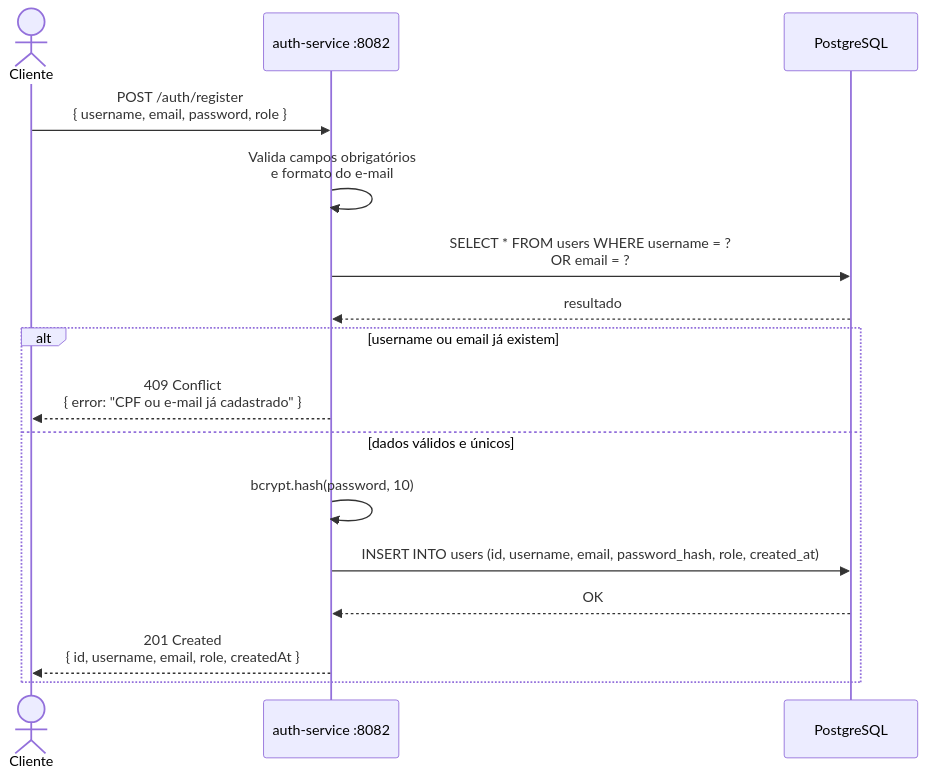
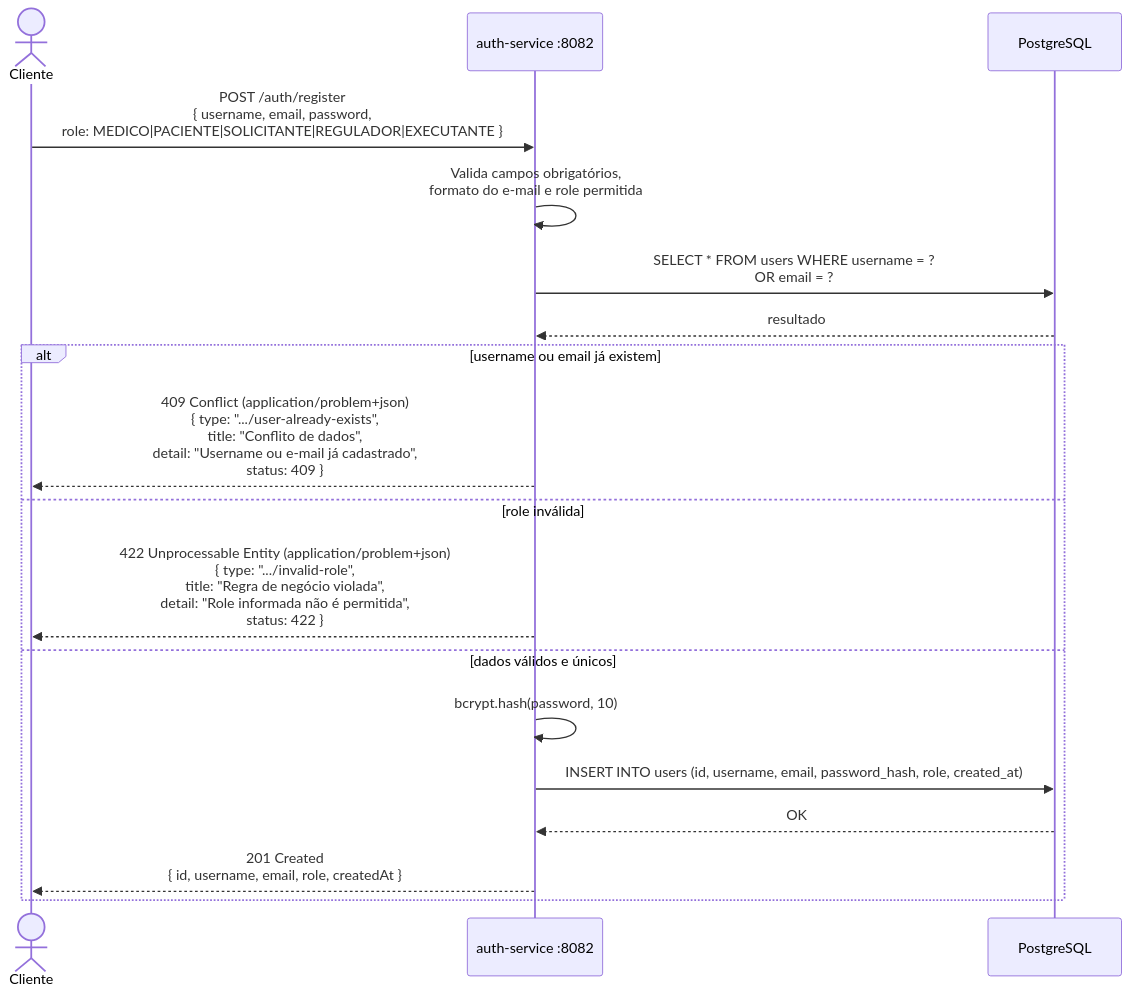
One commit to LucasBruner/Morbus changed the first of 13 diagrams in docs/sequencias-diagrama.md. Above: the diagram before and after it, drawn with Mermaid. The commit also changed other lines of this file and 4 other files, not shown here.

````diff
--- a/docs/sequencias-diagrama.md
+++ b/docs/sequencias-diagrama.md
@@ -24,22 +24,24 @@
 ```mermaid
 sequenceDiagram
     actor Cliente
     participant AuthService as auth-service :8082
     participant DB as PostgreSQL
 
-    Cliente->>AuthService: POST /auth/register<br/>{ username, email, password, role }
+    Cliente->>AuthService: POST /auth/register<br/>{ username, email, password,<br/>role: MEDICO|PACIENTE|SOLICITANTE|REGULADOR|EXECUTANTE }
 
-    AuthService->>AuthService: Valida campos obrigatórios<br/>e formato do e-mail
+    AuthService->>AuthService: Valida campos obrigatórios,<br/>formato do e-mail e role permitida
 
     AuthService->>DB: SELECT * FROM users WHERE username = ?<br/>OR email = ?
     DB-->>AuthService: resultado
 
     alt username ou email já existem
-        AuthService-->>Cliente: 409 Conflict<br/>{ error: "CPF ou e-mail já cadastrado" }
+        AuthService-->>Cliente: 409 Conflict (application/problem+json)<br/>{ type: ".../user-already-exists",<br/>title: "Conflito de dados",<br/>detail: "Username ou e-mail já cadastrado",<br/>status: 409 }
+    else role inválida
+        AuthService-->>Cliente: 422 Unprocessable Entity (application/problem+json)<br/>{ type: ".../invalid-role",<br/>title: "Regra de negócio violada",<br/>detail: "Role informada não é permitida",<br/>status: 422 }
     else dados válidos e únicos
         AuthService->>AuthService: bcrypt.hash(password, 10)
         AuthService->>DB: INSERT INTO users (id, username, email, password_hash, role, created_at)
         DB-->>AuthService: OK
         AuthService-->>Cliente: 201 Created<br/>{ id, username, email, role, createdAt }
     end
 ```
````
